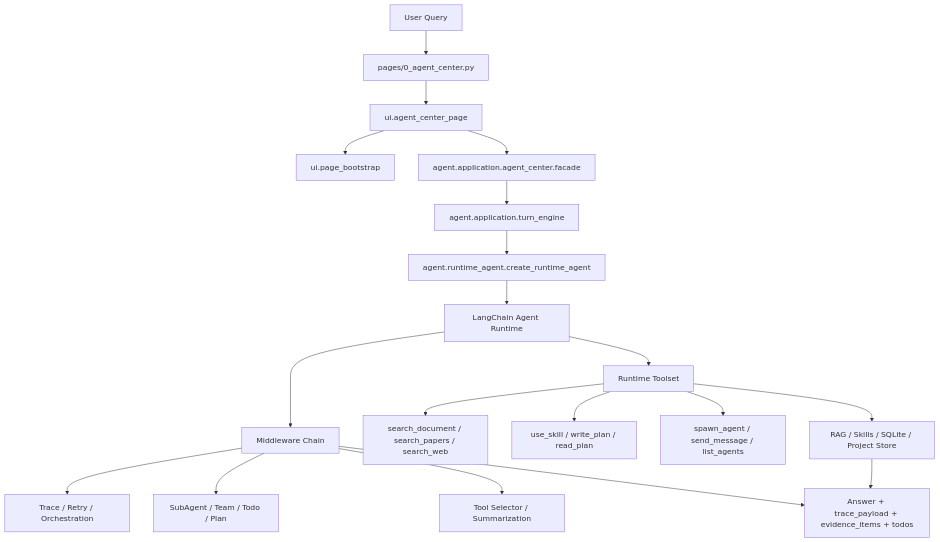
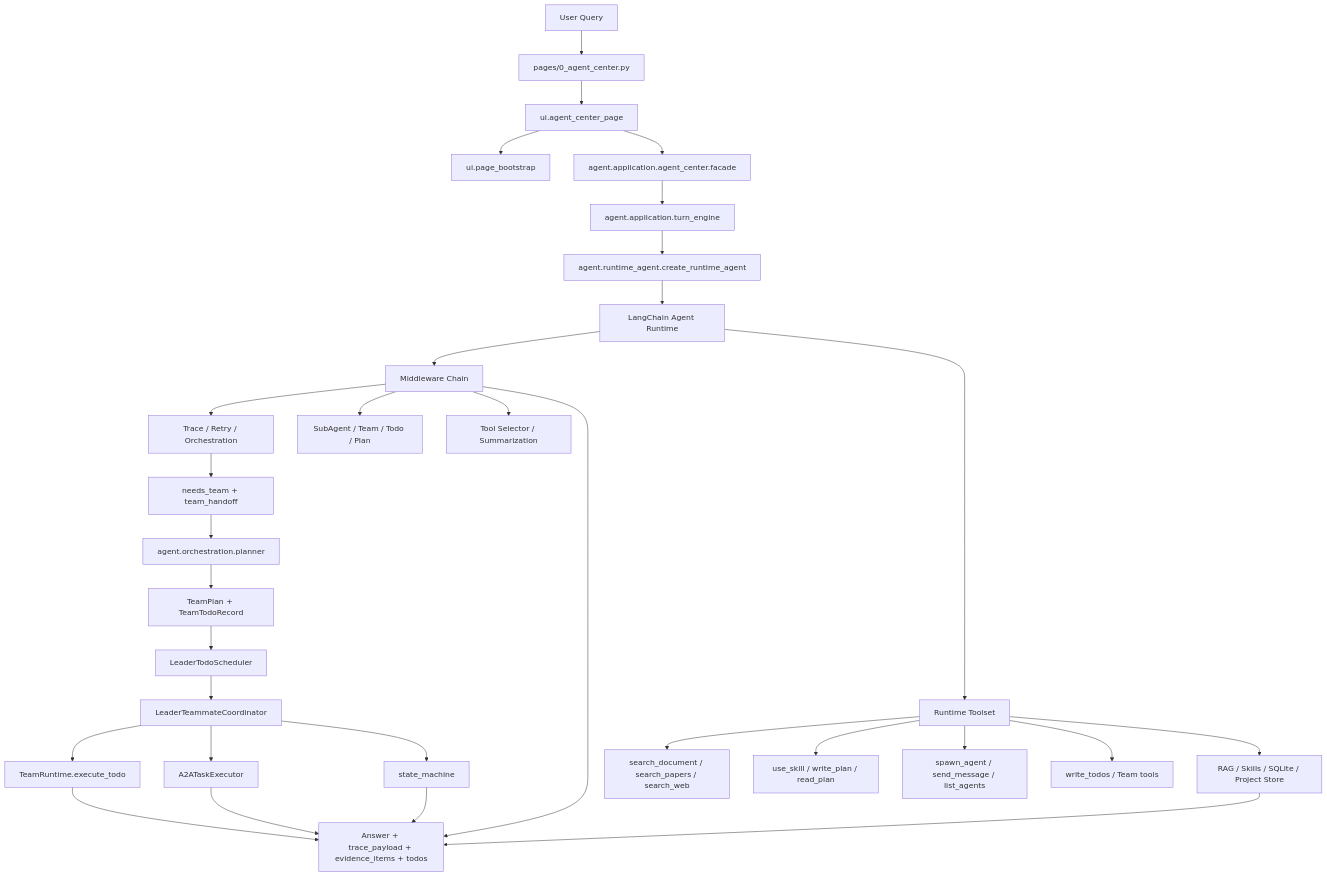
One commit to 0verL1nk/PaperSage changed the first of 3 diagrams in README_EN.md. Above: the diagram before and after it, drawn with Mermaid. The commit also changed other lines of this file and 15 other files, not shown here.

Commit message:
feat: tighten leader-paced team guidance

````diff
--- a/README_EN.md
+++ b/README_EN.md
@@ -91,21 +93,33 @@
 ```mermaid
 flowchart TD
     A[User Query] --> B[pages/0_agent_center.py]
     B --> C[ui.agent_center_page]
     C --> D[ui.page_bootstrap]
     C --> E[agent.application.agent_center.facade]
     E --> F[agent.application.turn_engine]
     F --> G[agent.runtime_agent.create_runtime_agent]
     G --> H[LangChain Agent Runtime]
     H --> I[Middleware Chain]
     I --> I1[Trace / Retry / Orchestration]
     I --> I2[SubAgent / Team / Todo / Plan]
     I --> I3[Tool Selector / Summarization]
+    I1 --> M1[needs_team + team_handoff]
+    M1 --> M2[agent.orchestration.planner]
+    M2 --> M3[TeamPlan + TeamTodoRecord]
+    M3 --> M4[LeaderTodoScheduler]
+    M4 --> M5[LeaderTeammateCoordinator]
+    M5 --> M6[TeamRuntime.execute_todo]
+    M5 --> M7[A2ATaskExecutor]
+    M5 --> M8[state_machine]
     H --> J[Runtime Toolset]
     J --> J1[search_document / search_papers / search_web]
     J --> J2[use_skill / write_plan / read_plan]
     J --> J3[spawn_agent / send_message / list_agents]
+    J --> J4[write_todos / Team tools]
     J --> K[RAG / Skills / SQLite / Project Store]
-    I --> L[Answer + trace_payload + evidence_items + todos]
+    M6 --> L[Answer + trace_payload + evidence_items + todos]
+    M7 --> L
+    M8 --> L
+    I --> L
     K --> L
 ```
````
